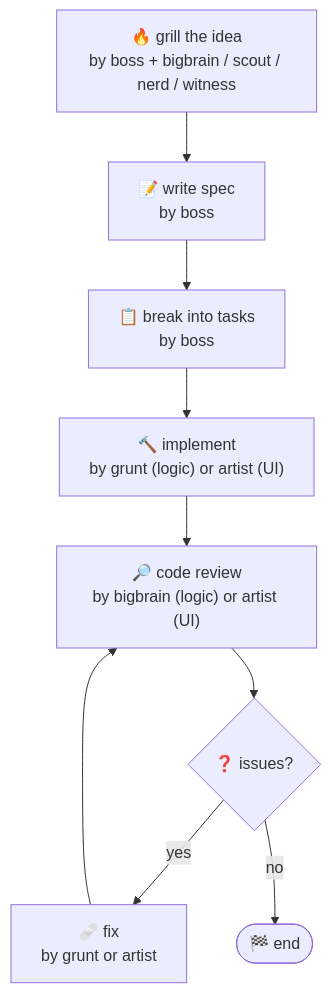
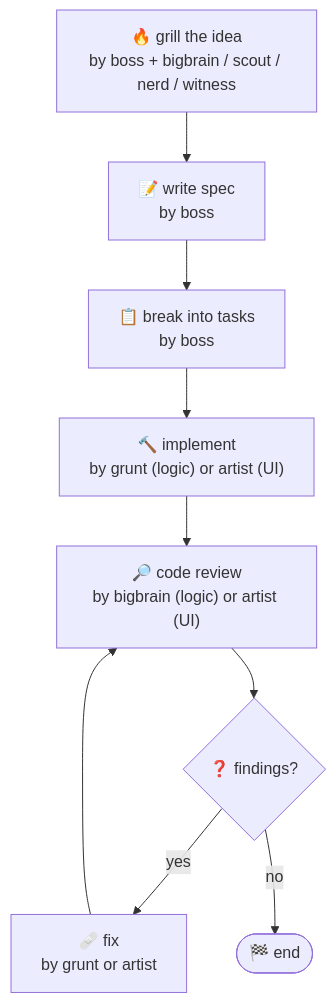
The diagram in README.md (supagetto/README.ai), drawn with Mermaid before and after one commit.

Commit message:
📝 Rename workflow decision node from issues to findings

````diff
--- a/README.md
+++ b/README.md
@@ -15,11 +15,11 @@
 ```mermaid
 flowchart TD
     A["🔥 grill the idea<br/>by boss + bigbrain / scout / nerd / witness"] --> B["📝 write spec<br/>by boss"]
     B --> C["📋 break into tasks<br/>by boss"]
     C --> D["🔨 implement<br/>by grunt (logic) or artist (UI)"]
     D --> E["🔎 code review<br/>by bigbrain (logic) or artist (UI)"]
-    E --> F{❓ issues?}
+    E --> F{❓ findings?}
     F -->|yes| G["🩹 fix<br/>by grunt or artist"]
     G --> E
     F -->|no| H(["🏁 end"])
 ```
````
